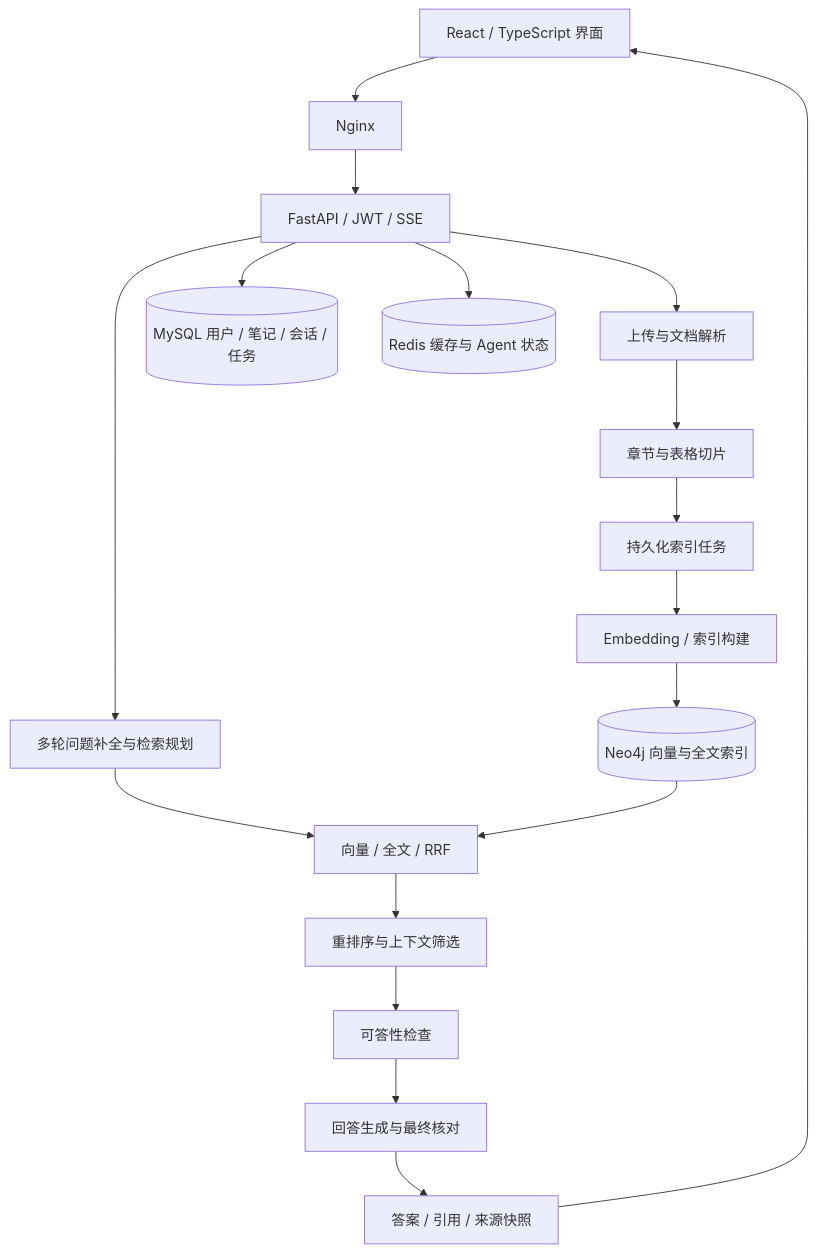
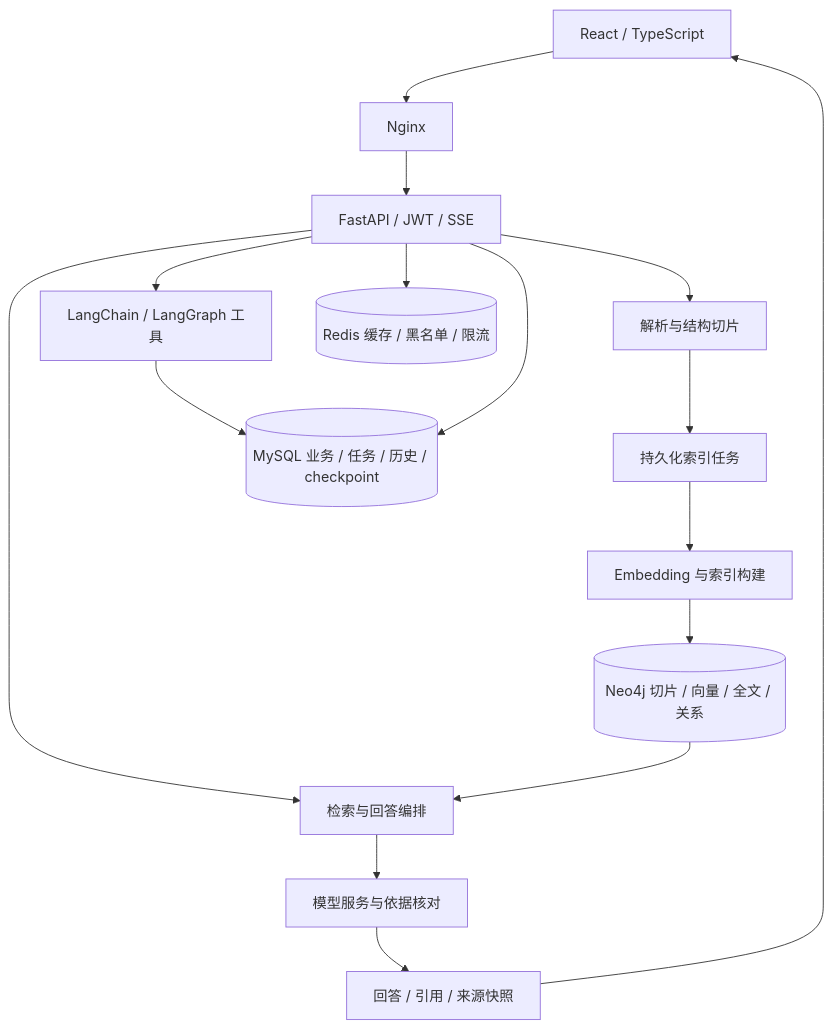
The second of 2 diagrams in README.md (CB-12345/zhixue-rag), drawn with Mermaid before and after one commit. The commit also changed other lines of this file and 46 other files, not shown here.

````diff
--- a/README.md
+++ b/README.md
@@ -75,20 +121,18 @@
-```mermaid
+~~~mermaid
 flowchart TB
-    UI[React / TypeScript 界面] --> NG[Nginx]
+    UI[React / TypeScript] --> NG[Nginx]
     NG --> API[FastAPI / JWT / SSE]
-    API --> ING[上传与文档解析]
-    ING --> SPLIT[章节与表格切片]
-    SPLIT --> TASK[持久化索引任务]
-    TASK --> IDX[Embedding / 索引构建]
-    IDX --> NEO[(Neo4j 向量与全文索引)]
-    API --> RAG[多轮问题补全与检索规划]
-    RAG --> SEARCH[向量 / 全文 / RRF]
-    NEO --> SEARCH
-    SEARCH --> RANK[重排序与上下文筛选]
-    RANK --> CHECK[可答性检查]
-    CHECK --> LLM[回答生成与最终核对]
-    LLM --> OUT[答案 / 引用 / 来源快照]
+    API --> ING[解析与结构切片]
+    ING --> TASK[持久化索引任务]
+    TASK --> IDX[Embedding 与索引构建]
+    IDX --> NEO[(Neo4j 切片 / 向量 / 全文 / 关系)]
+    API --> RAG[检索与回答编排]
+    NEO --> RAG
+    RAG --> MODEL[模型服务与依据核对]
+    MODEL --> OUT[回答 / 引用 / 来源快照]
     OUT --> UI
-    API --> SQL[(MySQL 用户 / 笔记 / 会话 / 任务)]
-    API --> REDIS[(Redis 缓存与 Agent 状态)]
-```
+    API --> AGENT[LangChain / LangGraph 工具]
+    AGENT --> SQL[(MySQL 业务 / 任务 / 历史 / checkpoint)]
+    API --> SQL
+    API --> REDIS[(Redis 缓存 / 黑名单 / 限流)]
+~~~
````
